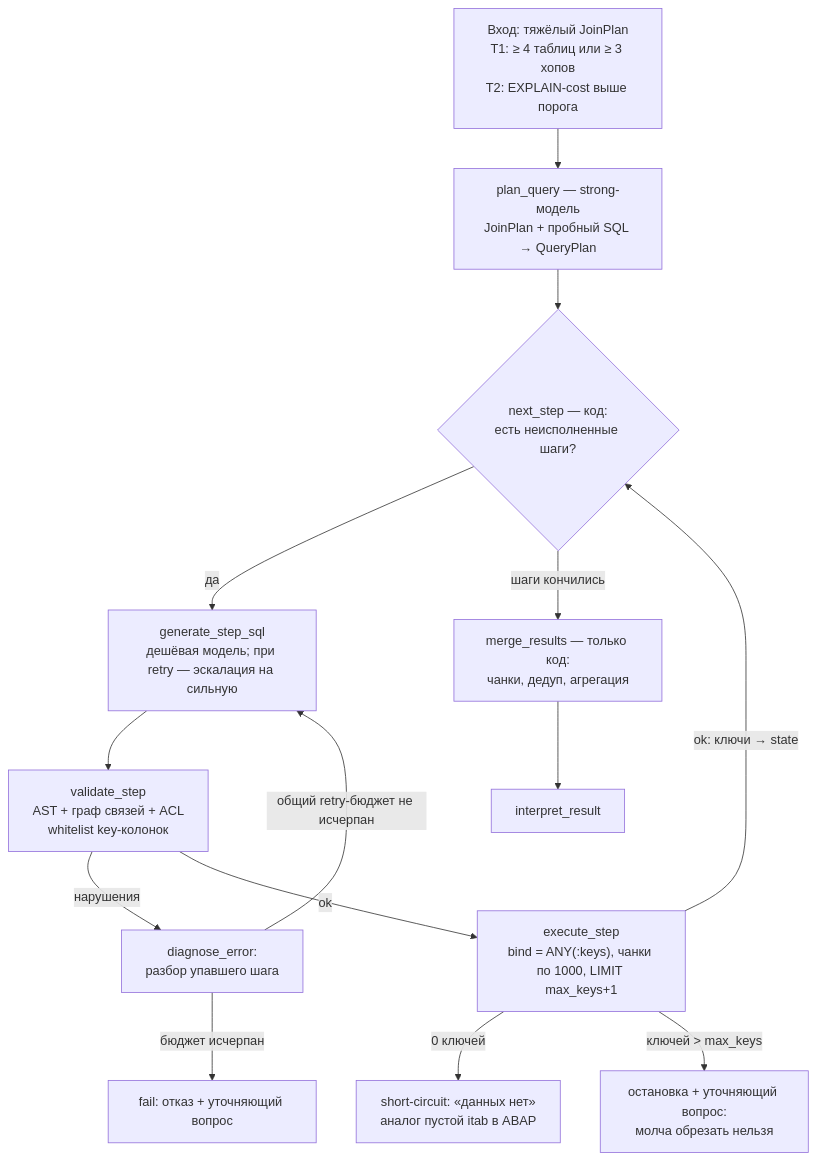
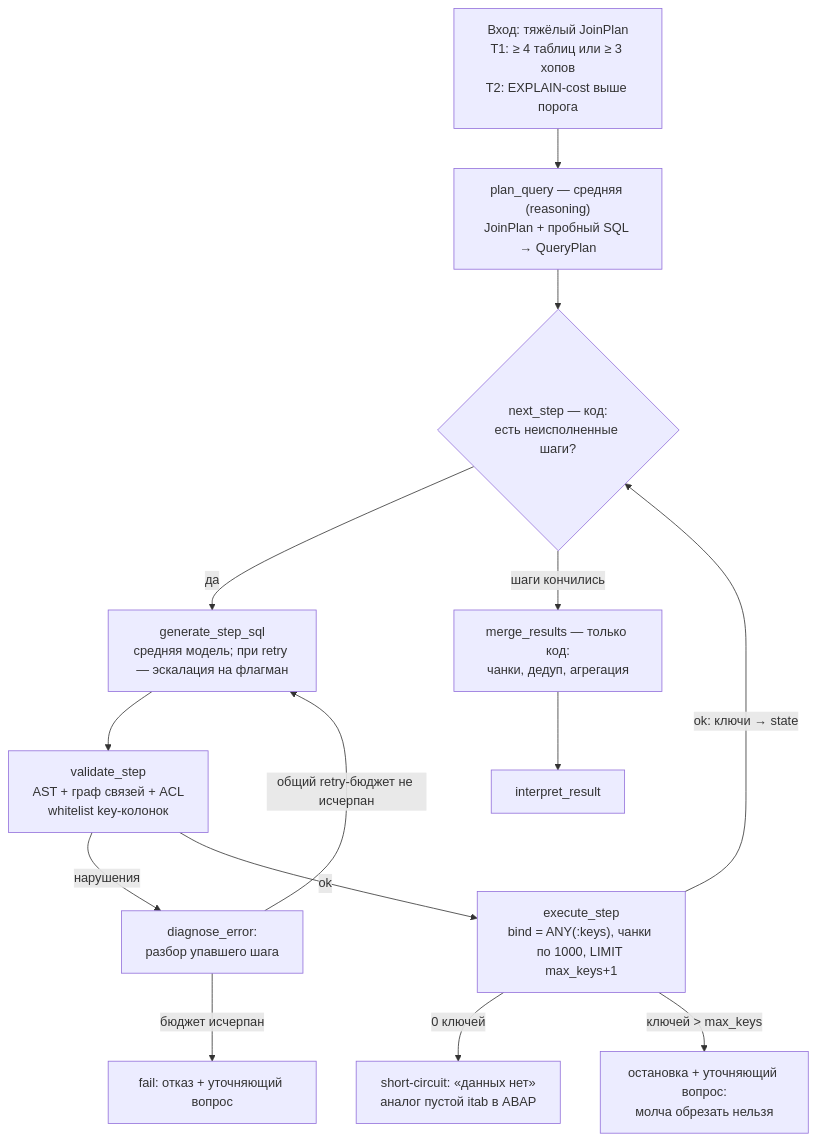
Before and after one commit to BinarySimple17/ai-agents: the second of 2 diagrams in hw-01/README.md, drawn with Mermaid. The commit also changed other lines of this file, not shown here.

````diff
--- a/hw-01/README.md
+++ b/hw-01/README.md
@@ -228,16 +228,16 @@
 ```mermaid
 flowchart TD
-    PJ["Вход: тяжёлый JoinPlan<br>T1: ≥ 4 таблиц или ≥ 3 хопов<br>T2: EXPLAIN-cost выше порога"] --> PQ["plan_query — strong-модель<br>JoinPlan + пробный SQL → QueryPlan"]
+    PJ["Вход: тяжёлый JoinPlan<br>T1: ≥ 4 таблиц или ≥ 3 хопов<br>T2: EXPLAIN-cost выше порога"] --> PQ["plan_query — средняя (reasoning)<br>JoinPlan + пробный SQL → QueryPlan"]
     PQ --> LOOP{"next_step — код:<br>есть неисполненные шаги?"}
-    LOOP -->|"да"| GENS["generate_step_sql<br>дешёвая модель; при retry — эскалация на сильную"]
+    LOOP -->|"да"| GENS["generate_step_sql<br>средняя модель; при retry — эскалация на флагман"]
     GENS --> VS["validate_step<br>AST + граф связей + ACL<br>whitelist key-колонок"]
     VS -->|"нарушения"| DGS["diagnose_error:<br>разбор упавшего шага"]
     DGS -->|"общий retry-бюджет не исчерпан"| GENS
     DGS -->|"бюджет исчерпан"| FAIL["fail: отказ + уточняющий вопрос"]
     VS -->|"ok"| EXS["execute_step<br>bind = ANY(:keys), чанки по 1000, LIMIT max_keys+1"]
     EXS -->|"0 ключей"| SHORT["short-circuit: «данных нет»<br>аналог пустой itab в ABAP"]
     EXS -->|"ключей > max_keys"| OVER["остановка + уточняющий вопрос:<br>молча обрезать нельзя"]
     EXS -->|"ok: ключи → state"| LOOP
     LOOP -->|"шаги кончились"| MG["merge_results — только код:<br>чанки, дедуп, агрегация"]
     MG --> IR["interpret_result"]
 ```
````
